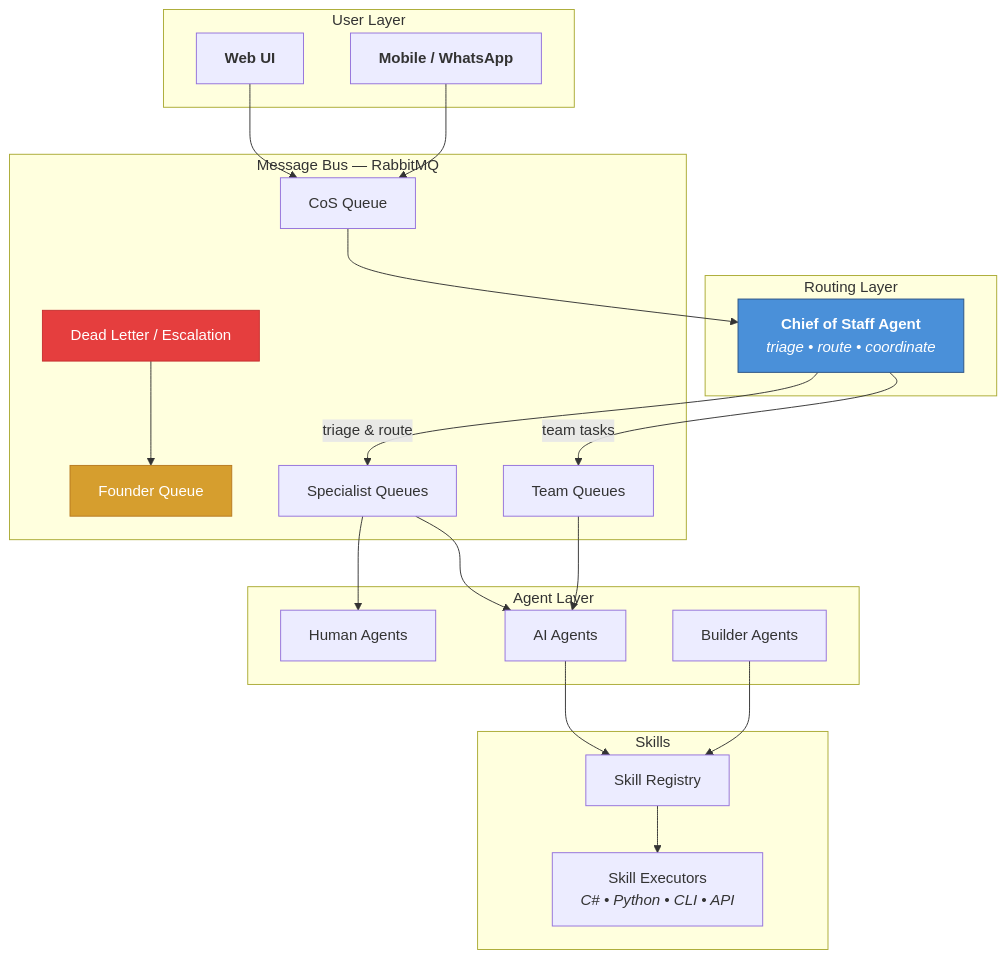
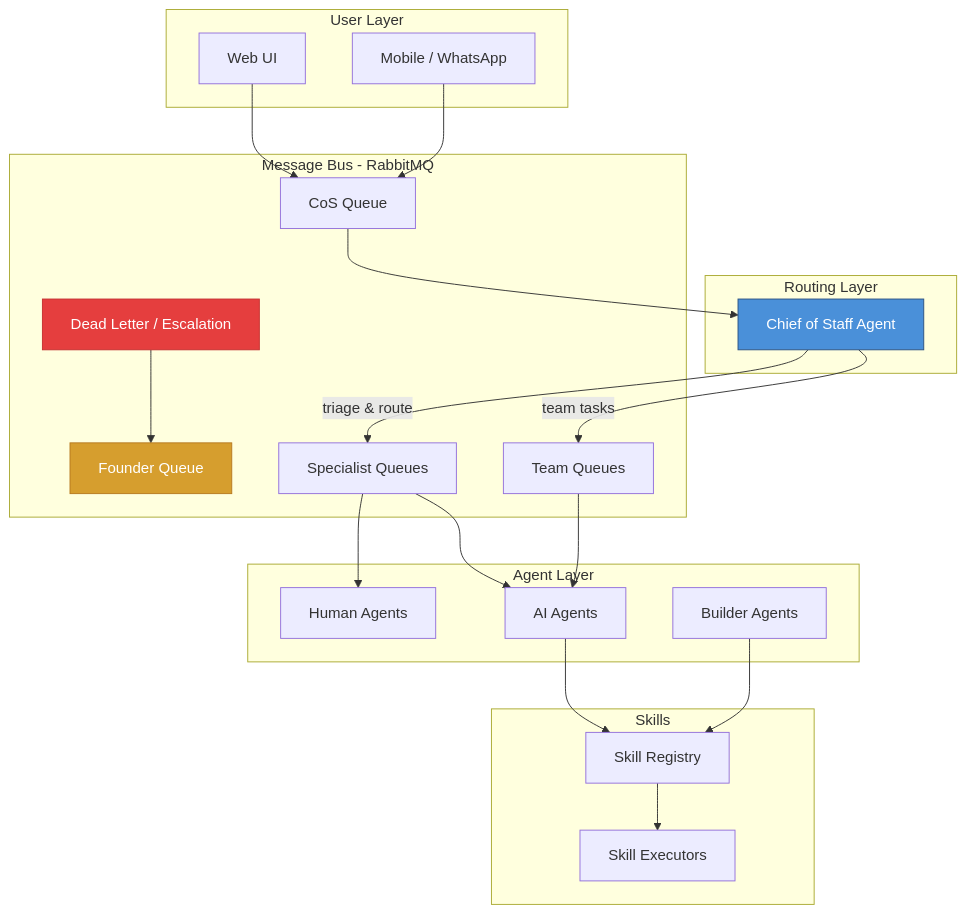
Before and after one commit to dbhq-uk/cortex: the diagram in README.md, drawn with Mermaid. The commit also changed other lines of this file, not shown here.

````diff
--- a/README.md
+++ b/README.md
@@ -48,47 +42,47 @@
 ```mermaid
 graph TB
-    subgraph "User Layer"
-        WEB["<b>Web UI</b>"]
-        MOB["<b>Mobile / WhatsApp</b>"]
+    subgraph User Layer
+        WEB[Web UI]
+        MOB[Mobile / WhatsApp]
     end
 
-    subgraph "Routing Layer"
-        COS["<b>Chief of Staff Agent</b><br/><i>triage &bull; route &bull; coordinate</i>"]
+    subgraph Routing Layer
+        COS[Chief of Staff Agent]
     end
 
-    subgraph "Message Bus &mdash; RabbitMQ"
-        FQ["Founder Queue"]
-        CQ["CoS Queue"]
-        SQ["Specialist Queues"]
-        TQ["Team Queues"]
-        DLQ["Dead Letter / Escalation"]
+    subgraph Message Bus - RabbitMQ
+        FQ[Founder Queue]
+        CQ[CoS Queue]
+        SQ[Specialist Queues]
+        TQ[Team Queues]
+        DLQ[Dead Letter / Escalation]
     end
 
-    subgraph "Agent Layer"
-        HA["Human Agents"]
-        AA["AI Agents"]
-        BA["Builder Agents"]
+    subgraph Agent Layer
+        HA[Human Agents]
+        AA[AI Agents]
+        BA[Builder Agents]
     end
 
-    subgraph "Skills"
-        SR["Skill Registry"]
-        SE["Skill Executors<br/><i>C# &bull; Python &bull; CLI &bull; API</i>"]
+    subgraph Skills
+        SR[Skill Registry]
+        SE[Skill Executors]
     end
 
     WEB --> CQ
     MOB --> CQ
     CQ --> COS
     COS -->|triage & route| SQ
     COS -->|team tasks| TQ
     SQ --> HA
     SQ --> AA
     TQ --> AA
     AA --> SR
     BA --> SR
     SR --> SE
     DLQ --> FQ
 
-    style COS fill:#4a90d9,stroke:#2c5282,color:#ffffff
-    style DLQ fill:#e53e3e,stroke:#c53030,color:#ffffff
-    style FQ fill:#d69e2e,stroke:#b7791f,color:#ffffff
+    style COS fill:#4a90d9,stroke:#2c5282,color:#fff
+    style DLQ fill:#e53e3e,stroke:#c53030,color:#fff
+    style FQ fill:#d69e2e,stroke:#b7791f,color:#fff
 ```
````
